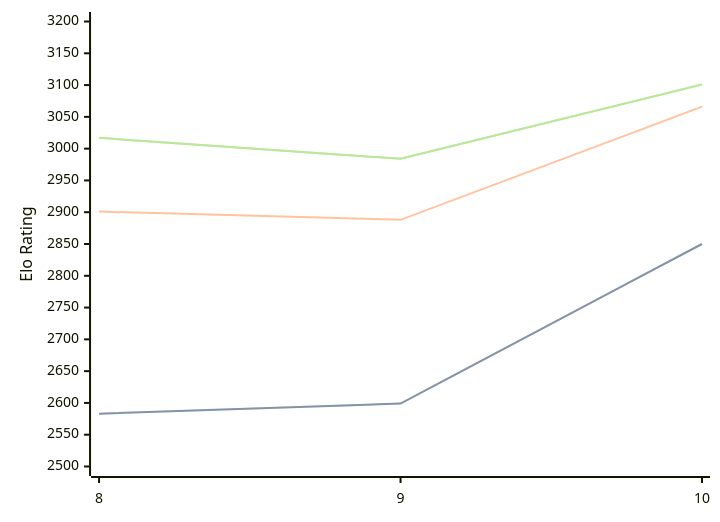
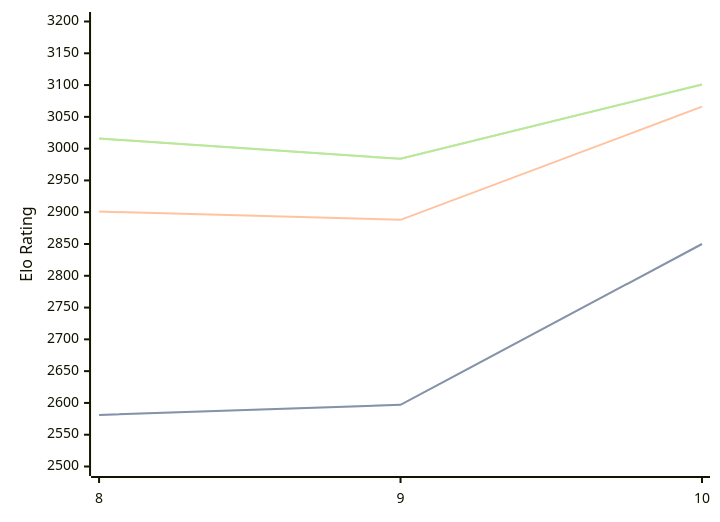
Before and after one commit to computer-chess-index/cci: the diagram in engines/Lozza.md, drawn with Mermaid. The commit also changed other lines of this file, not shown here.

Commit message:
Update CCI Ratings (ELO VLTC) - 2026-06-10

````diff
--- a/engines/Lozza.md
+++ b/engines/Lozza.md
@@ -41,11 +41,11 @@
 ```mermaid
 %%{init: {"theme":"base","themeVariables":{"seriesColors:['#a3a3a3','#222221','#faa371']}}}%%
 xychart-beta
   x-axis ["8", "9", "10"]
   y-axis "Elo Rating" 2500 --> 3200
-  line "STC (8.0+0.08s)" [2583, 2599, 2850]
-  line "STC (8.0+0.08s)" [2583, 2599, 2850]
+  line "STC (8.0+0.08s)" [2581, 2597, 2850]
+  line "STC (8.0+0.08s)" [2581, 2597, 2850]
   line "LTC (60.0+0.60s)" [2901, 2888, 3066]
-  line "VLTC (2m24s+1.12s)" [3017, 2984, 3101]
-  line "VLTC (2m24s+1.12s)" [3017, 2984, 3101]
+  line "VLTC (2m24s+1.12s)" [3016, 2984, 3101]
+  line "VLTC (2m24s+1.12s)" [3016, 2984, 3101]
 ```
````
